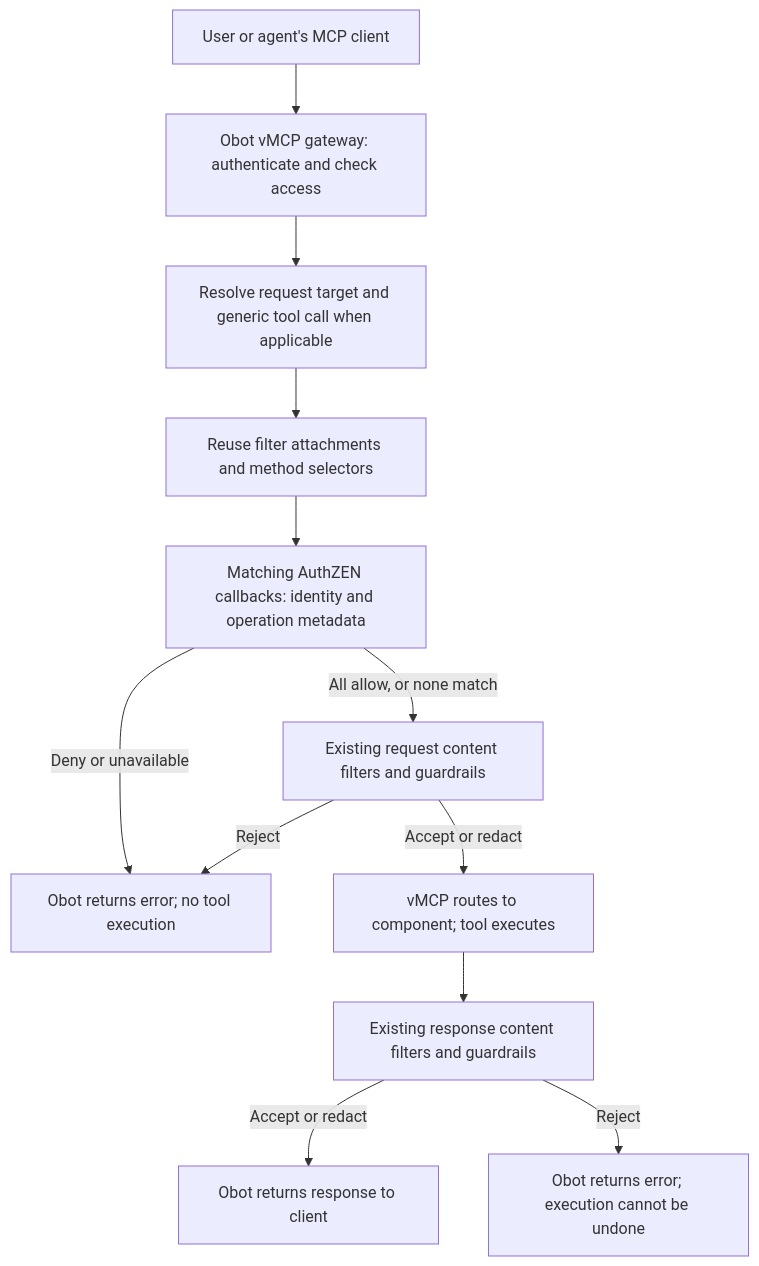
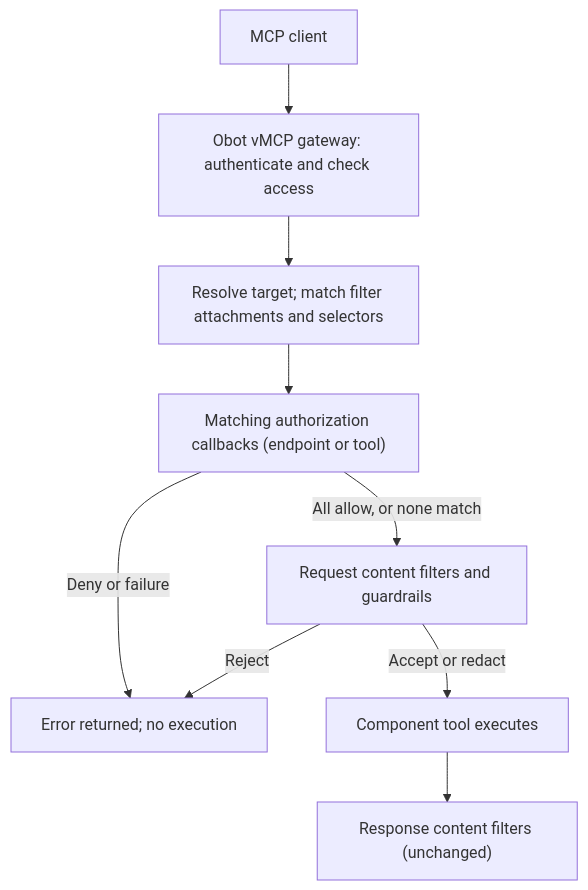
Before and after one commit to cloudnautique/obot-design-proposals: the diagram in proposals/2026-10-09-authzen-authorization-hooks/README.md, drawn with Mermaid. The commit also changed other lines of this file, not shown here.

First line of the commit message:
proposal: reframe AuthZEN ODP around a distinct authorization hook

````diff
--- a/proposals/2026-10-09-authzen-authorization-hooks/README.md
+++ b/proposals/2026-10-09-authzen-authorization-hooks/README.md
@@ -95,14 +101,11 @@
 ```mermaid
 flowchart TD
-    Client["User or agent's MCP client"] --> Gateway["Obot vMCP gateway: authenticate and check access"]
-    Gateway --> Resolve["Resolve request target and generic tool call when applicable"]
-    Resolve --> Match["Reuse filter attachments and method selectors"]
-    Match --> Auth["Matching AuthZEN callbacks: identity and operation metadata"]
-    Auth -->|"All allow, or none match"| Content["Existing request content filters and guardrails"]
-    Auth -->|"Deny or unavailable"| Error["Obot returns error; no tool execution"]
-    Content -->|"Accept or redact"| Tool["vMCP routes to component; tool executes"]
+    Client["MCP client"] --> Gateway["Obot vMCP gateway: authenticate and check access"]
+    Gateway --> Match["Resolve target; match filter attachments and selectors"]
+    Match --> Auth["Matching authorization callbacks (endpoint or tool)"]
+    Auth -->|"All allow, or none match"| Content["Request content filters and guardrails"]
+    Auth -->|"Deny or failure"| Error["Error returned; no execution"]
+    Content -->|"Accept or redact"| Tool["Component tool executes"]
     Content -->|"Reject"| Error
-    Tool --> Response["Existing response content filters and guardrails"]
-    Response -->|"Accept or redact"| Return["Obot returns response to client"]
-    Response -->|"Reject"| Withhold["Obot returns error; execution cannot be undone"]
+    Tool --> Response["Response content filters (unchanged)"]
 ```
````
